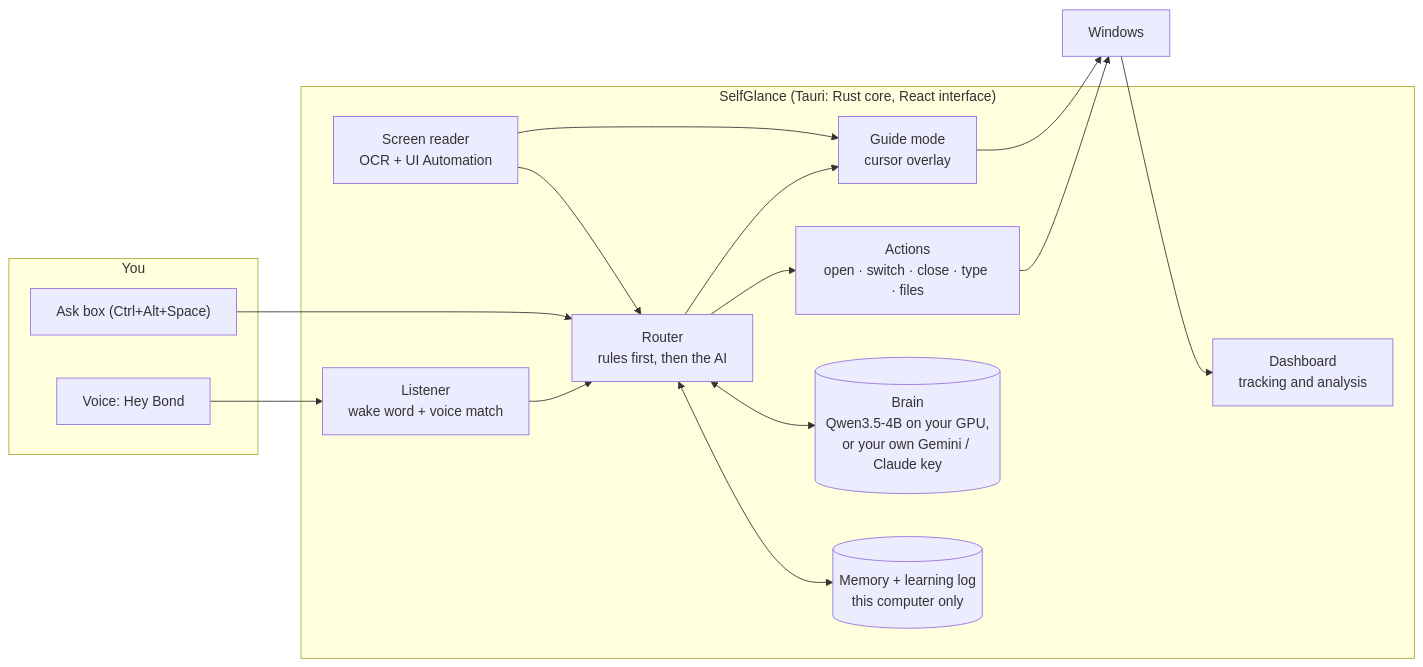
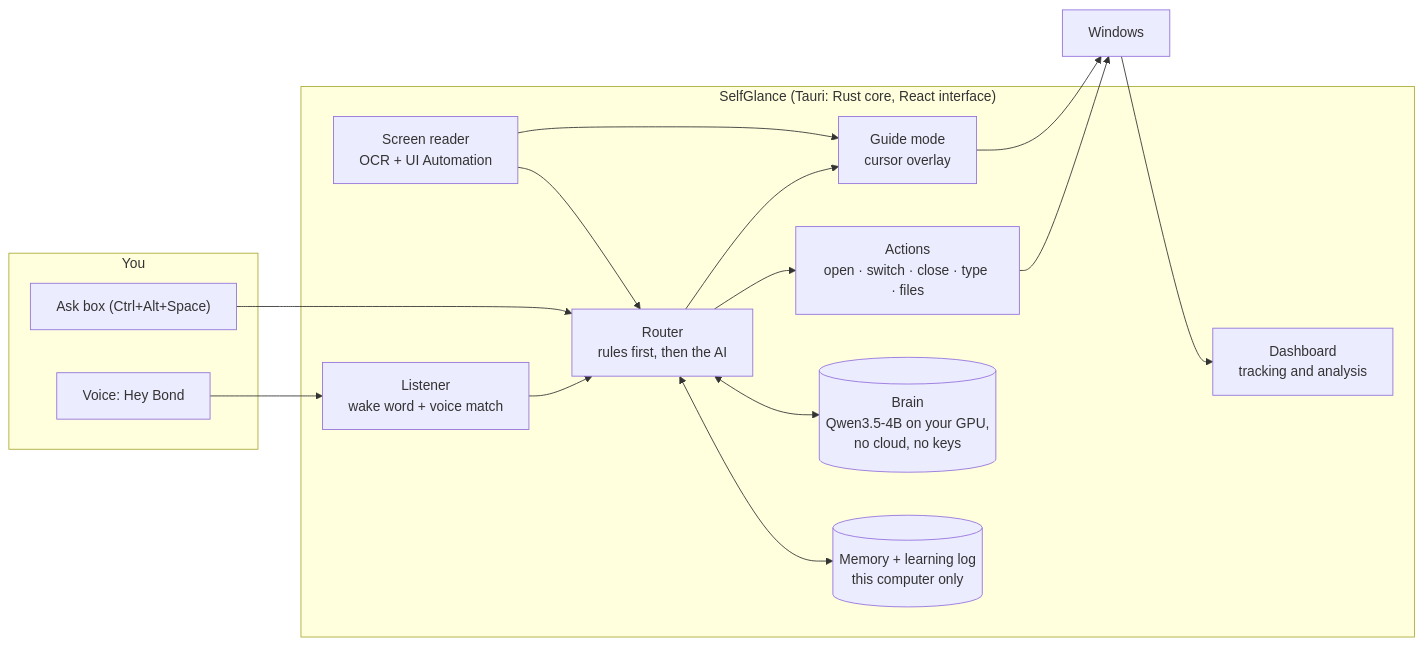
The second of 2 diagrams in README.md (bashantatiwari/selfglance_app), drawn with Mermaid before and after one commit. The commit also changed other lines of this file and 22 other files, not shown here.

First line of the commit message:
Nothing leaves your laptop: remove cloud providers and API keys; hide Bond from screenshots

````diff
--- a/README.md
+++ b/README.md
@@ -139,28 +139,28 @@
 ```mermaid
 flowchart LR
     subgraph In["You"]
         V["Voice: Hey Bond"]
         T["Ask box (Ctrl+Alt+Space)"]
     end
     subgraph App["SelfGlance (Tauri: Rust core, React interface)"]
         L["Listener<br/>wake word + voice match"]
         R["Router<br/>rules first, then the AI"]
         A["Actions<br/>open · switch · close · type · files"]
         G["Guide mode<br/>cursor overlay"]
         S["Screen reader<br/>OCR + UI Automation"]
-        B[("Brain<br/>Qwen3.5-4B on your GPU,<br/>or your own Gemini / Claude key")]
+        B[("Brain<br/>Qwen3.5-4B on your GPU,<br/>no cloud, no keys")]
         M[("Memory + learning log<br/>this computer only")]
         D["Dashboard<br/>tracking and analysis"]
     end
     V --> L --> R
     T --> R
     R <--> B
     R <--> M
     R --> A
     R --> G
     S --> R
     S --> G
     A --> Win["Windows"]
     G --> Win
     Win --> D
 ```
````
